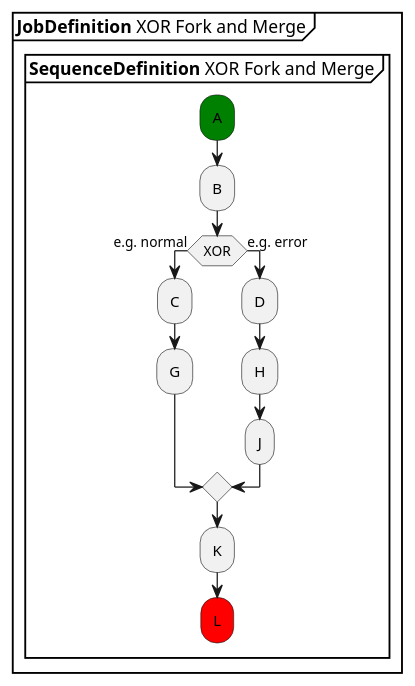
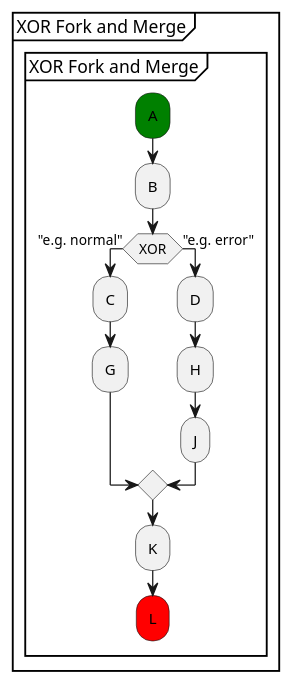
One commit to xtuml/munin changed the diagram in models/SequenceVerificationDataCentric/puml/Tutorial_7.puml. Above: the diagram before and after it, drawn with PlantUML. The commit also changed 21 other files, not shown here.

```diff
--- a/models/SequenceVerificationDataCentric/puml/Tutorial_7.puml
+++ b/models/SequenceVerificationDataCentric/puml/Tutorial_7.puml
@@ -7,18 +7,18 @@
 @startuml 
-partition "**JobDefinition** XOR Fork and Merge" {
-group **SequenceDefinition** XOR Fork and Merge
-      #green:A;
-      :B;
-  if (XOR) then (e.g. normal)
+partition "XOR Fork and Merge" {
+group "XOR Fork and Merge"
+  #green:A;
+  :B;
+  if (XOR) then ("e.g. normal")
       :C;
       :G;
-  else (e.g. error)
+  else ("e.g. error")
       :D;
       :H;
       :J;
   endif
-      :K;
-      #red:L;
+  :K;
+  #red:L;
 end group
 }      
 @enduml
```
